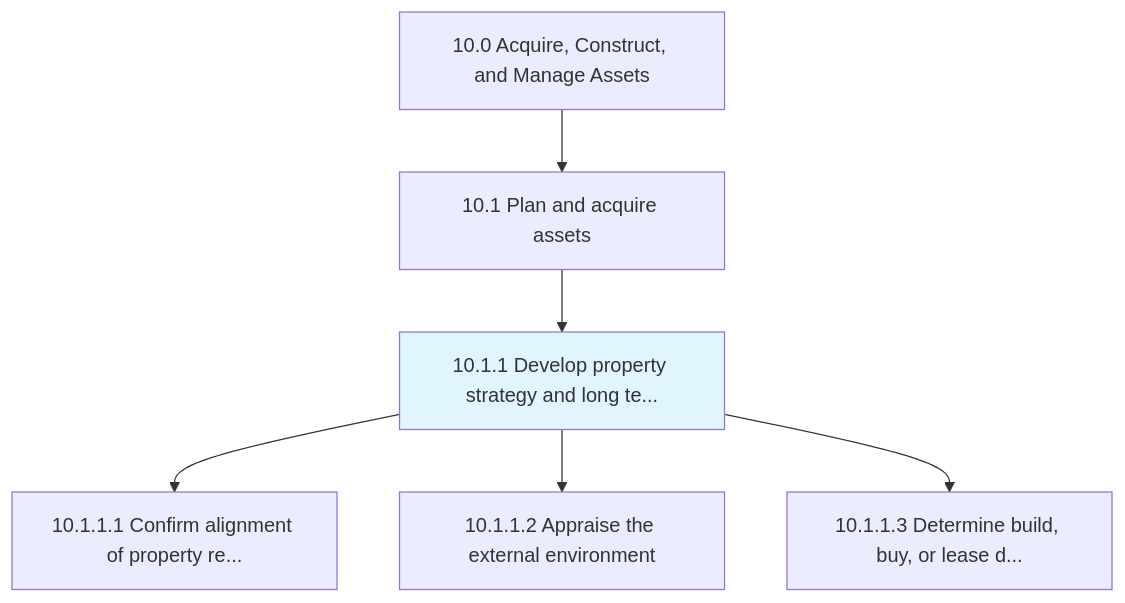
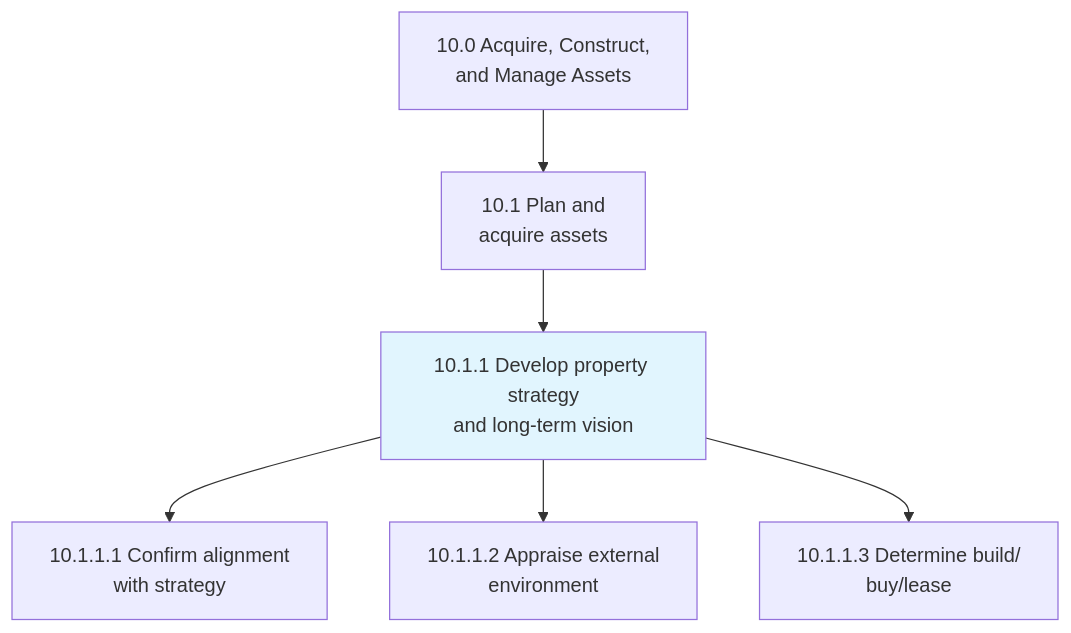
The first of 3 diagrams in processes/10-Assets/10.1-PlanAcquireAssets/10.1.1-DevelopPropertyStrategyLong/index.mdx (kziemski/business.org.ai), drawn with Mermaid before and after one commit. The commit also changed other lines of this file and 885 other files, not shown here.

````diff
--- a/processes/10-Assets/10.1-PlanAcquireAssets/10.1.1-DevelopPropertyStrategyLong/index.mdx
+++ b/processes/10-Assets/10.1-PlanAcquireAssets/10.1.1-DevelopPropertyStrategyLong/index.mdx
@@ -25,10 +25,11 @@
 ```mermaid
 graph TD
-    C10["10.0 Acquire, Construct, and Manage Assets"]
-    C10 --> N10_1["10.1 Plan and acquire assets"]
-    N10_1 --> N10_1_1["10.1.1 Develop property strategy and long te..."]
-    style N10_1_1 fill:#e1f5fe
-    N10_1_1 --> N10_1_1_1["10.1.1.1 Confirm alignment of property re..."]
-    N10_1_1 --> N10_1_1_2["10.1.1.2 Appraise the external environment"]
-    N10_1_1 --> N10_1_1_3["10.1.1.3 Determine build, buy, or lease d..."]
+    C10["10.0 Acquire, Construct,<br/>and Manage Assets"] --> G101["10.1 Plan and<br/>acquire assets"]
+    G101 --> P1011["10.1.1 Develop property strategy<br/>and long-term vision"]
+
+    P1011 --> A10111["10.1.1.1 Confirm alignment<br/>with strategy"]
+    P1011 --> A10112["10.1.1.2 Appraise external<br/>environment"]
+    P1011 --> A10113["10.1.1.3 Determine build/<br/>buy/lease"]
+
+    style P1011 fill:#e1f5fe
 ```
````
